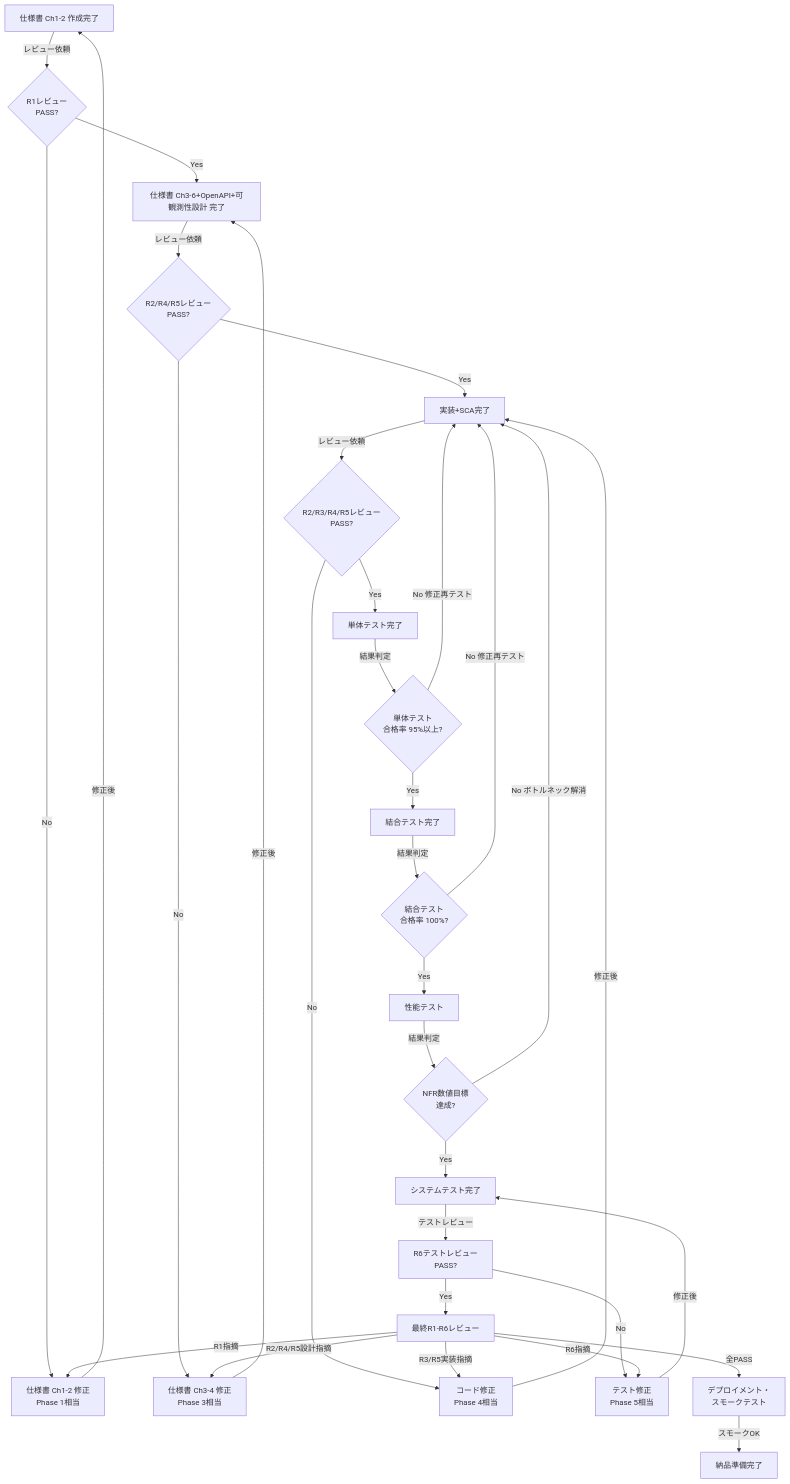
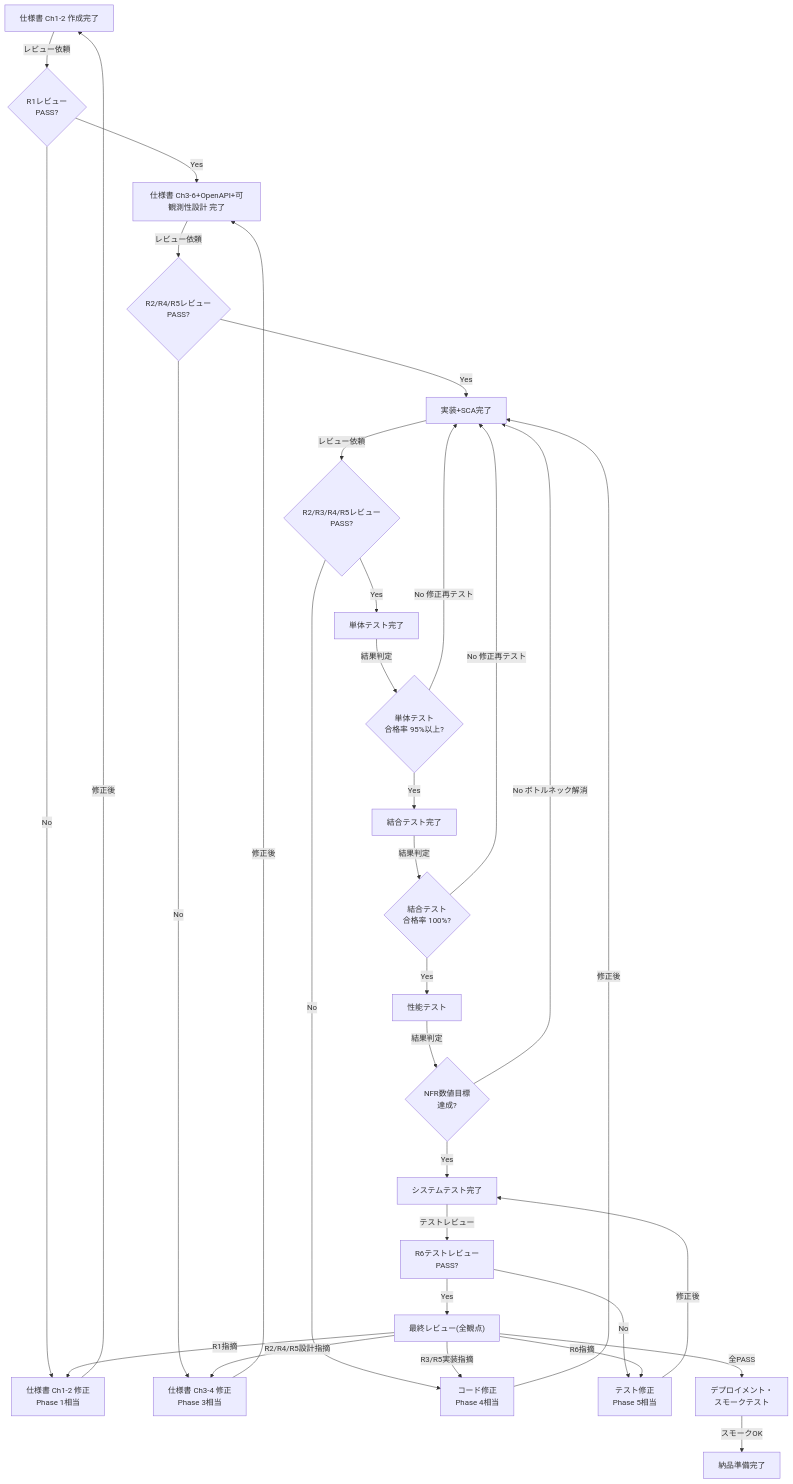
One commit to GoodRelax/gr-sw-maker changed the ninth of 12 diagrams in process-rules/full-auto-dev-process-rules-ja.md. Above: the diagram before and after it, drawn with Mermaid. The commit also changed other lines of this file and 23 other files, not shown here.

````diff
--- a/process-rules/full-auto-dev-process-rules-ja.md
+++ b/process-rules/full-auto-dev-process-rules-ja.md
@@ -1890,56 +1890,56 @@
 ```mermaid
 flowchart TD
     Spec1["仕様書 Ch1-2 作成完了"]
     Spec1_Review{"R1レビュー<br/>PASS?"}
     Spec2["仕様書 Ch3-6+OpenAPI+可観測性設計 完了"]
     Spec2_Review{"R2/R4/R5レビュー<br/>PASS?"}
     Impl["実装+SCA完了"]
     Code_Review{"R2/R3/R4/R5レビュー<br/>PASS?"}
     UT["単体テスト完了"]
     UT_Gate{"単体テスト<br/>合格率 95%以上?"}
     IT["結合テスト完了"]
     IT_Gate{"結合テスト<br/>合格率 100%?"}
     PerfT["性能テスト"]
     Perf_Gate{"NFR数値目標<br/>達成?"}
     ST["システムテスト完了"]
     TR["R6テストレビュー<br/>PASS?"]
-    Final["最終R1-R6レビュー"]
+    Final["最終レビュー(全観点)"]
     R1Fail["仕様書 Ch1-2 修正<br/>Phase 1相当"]
     R2Fail["仕様書 Ch3-4 修正<br/>Phase 3相当"]
     R3Fail["コード修正<br/>Phase 4相当"]
     R6Fail["テスト修正<br/>Phase 5相当"]
     Deploy["デプロイメント・<br/>スモークテスト"]
     Done["納品準備完了"]
 
     Spec1 -->|"レビュー依頼"| Spec1_Review
     Spec1_Review -->|"Yes"| Spec2
     Spec1_Review -->|"No"| R1Fail
     R1Fail -->|"修正後"| Spec1
     Spec2 -->|"レビュー依頼"| Spec2_Review
     Spec2_Review -->|"Yes"| Impl
     Spec2_Review -->|"No"| R2Fail
     R2Fail -->|"修正後"| Spec2
     Impl -->|"レビュー依頼"| Code_Review
     Code_Review -->|"Yes"| UT
     Code_Review -->|"No"| R3Fail
     R3Fail -->|"修正後"| Impl
     UT -->|"結果判定"| UT_Gate
     UT_Gate -->|"Yes"| IT
     UT_Gate -->|"No 修正再テスト"| Impl
     IT -->|"結果判定"| IT_Gate
     IT_Gate -->|"Yes"| PerfT
     IT_Gate -->|"No 修正再テスト"| Impl
     PerfT -->|"結果判定"| Perf_Gate
     Perf_Gate -->|"Yes"| ST
     Perf_Gate -->|"No ボトルネック解消"| Impl
     ST -->|"テストレビュー"| TR
     TR -->|"Yes"| Final
     TR -->|"No"| R6Fail
     R6Fail -->|"修正後"| ST
     Final -->|"R1指摘"| R1Fail
     Final -->|"R2/R4/R5設計指摘"| R2Fail
     Final -->|"R3/R5実装指摘"| R3Fail
     Final -->|"R6指摘"| R6Fail
     Final -->|"全PASS"| Deploy
     Deploy -->|"スモークOK"| Done
 ```
````
